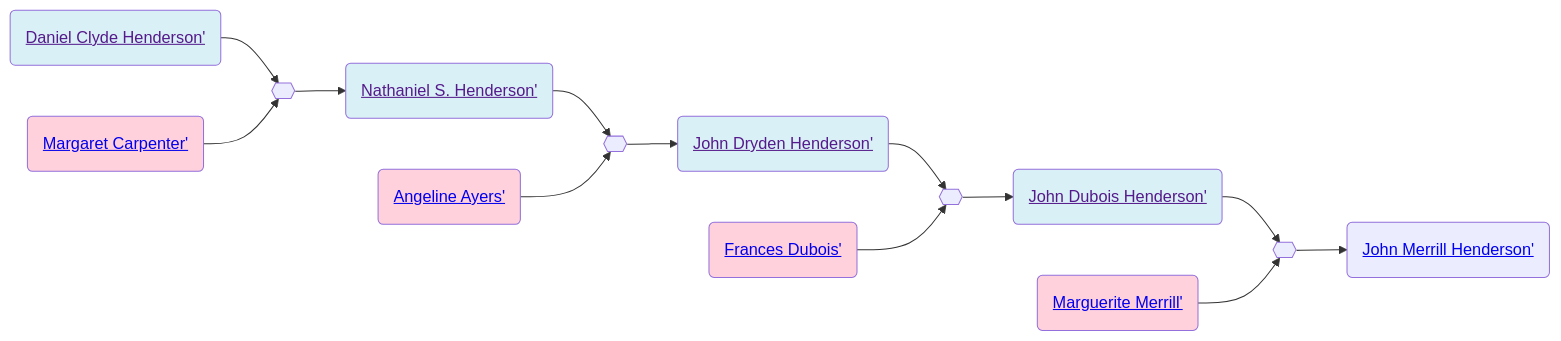
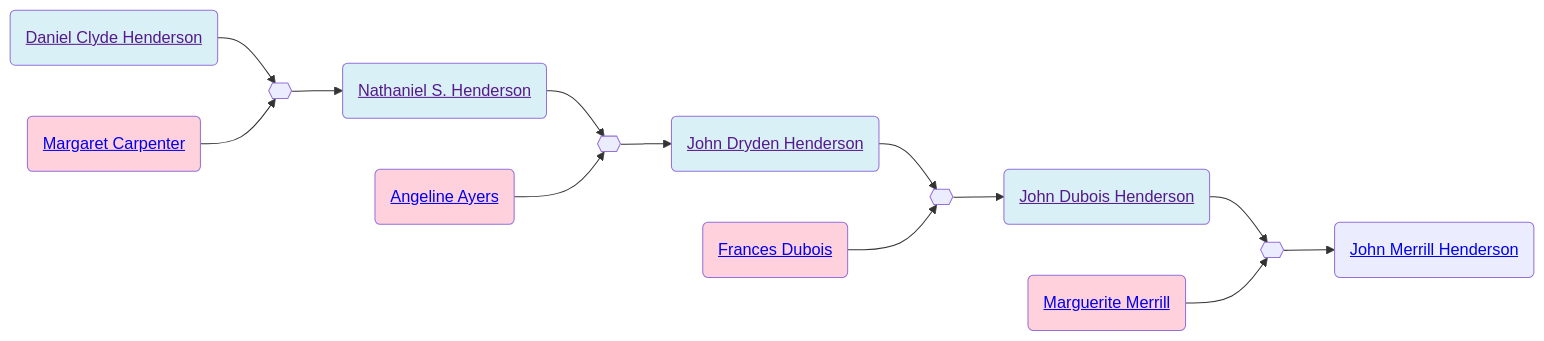
Before and after one commit to neelsmith/avocational: the second of 2 diagrams in familyhistory/sources/people/Henderson-line/Daniel_Clyde_Henderson.qmd, drawn with Mermaid. The commit also changed other lines of this file and 96 other files, not shown here.

````diff
--- a/familyhistory/sources/people/Henderson-line/Daniel_Clyde_Henderson.qmd
+++ b/familyhistory/sources/people/Henderson-line/Daniel_Clyde_Henderson.qmd
@@ -43,32 +43,32 @@
 ```{mermaid}
 graph LR
 %% LR descendant diagram
 class Daniel_Clyde_Henderson_and_Margaret_Carpenter marriage
-Daniel_Clyde_Henderson(<a href=''>Daniel Clyde Henderson'</>) --> Daniel_Clyde_Henderson_and_Margaret_Carpenter{{ }}
-Margaret_Carpenter(<a href='./Carpenter-line/Margaret_Carpenter.html'>Margaret Carpenter'</>) --> Daniel_Clyde_Henderson_and_Margaret_Carpenter{{ }}
+Daniel_Clyde_Henderson(<a href=''>Daniel Clyde Henderson</a>) --> Daniel_Clyde_Henderson_and_Margaret_Carpenter{{ }}
+Margaret_Carpenter(<a href='./Carpenter-line/Margaret_Carpenter.html'>Margaret Carpenter</a>) --> Daniel_Clyde_Henderson_and_Margaret_Carpenter{{ }}
 class Daniel_Clyde_Henderson father
 class Margaret_Carpenter mother
-Daniel_Clyde_Henderson_and_Margaret_Carpenter{{ }} --> Nathaniel_S._Henderson(<a href='./Nathaniel_S._Henderson.html'>Nathaniel S. Henderson'</>)
+Daniel_Clyde_Henderson_and_Margaret_Carpenter{{ }} --> Nathaniel_S._Henderson(<a href='./Nathaniel_S._Henderson.html'>Nathaniel S. Henderson</a>)
 class Nathaniel_S._Henderson_and_Angeline_Ayers marriage
-Nathaniel_S._Henderson(<a href=''>Nathaniel S. Henderson'</>) --> Nathaniel_S._Henderson_and_Angeline_Ayers{{ }}
-Angeline_Ayers(<a href='./Ayers-line/Angeline_Ayers.html'>Angeline Ayers'</>) --> Nathaniel_S._Henderson_and_Angeline_Ayers{{ }}
+Nathaniel_S._Henderson(<a href=''>Nathaniel S. Henderson</a>) --> Nathaniel_S._Henderson_and_Angeline_Ayers{{ }}
+Angeline_Ayers(<a href='./Ayers-line/Angeline_Ayers.html'>Angeline Ayers</a>) --> Nathaniel_S._Henderson_and_Angeline_Ayers{{ }}
 class Nathaniel_S._Henderson father
 class Angeline_Ayers mother
-Nathaniel_S._Henderson_and_Angeline_Ayers{{ }} --> John_Dryden_Henderson(<a href='./John_Dryden_Henderson.html'>John Dryden Henderson'</>)
+Nathaniel_S._Henderson_and_Angeline_Ayers{{ }} --> John_Dryden_Henderson(<a href='./John_Dryden_Henderson.html'>John Dryden Henderson</a>)
 class John_Dryden_Henderson_and_Frances_Dubois marriage
-John_Dryden_Henderson(<a href=''>John Dryden Henderson'</>) --> John_Dryden_Henderson_and_Frances_Dubois{{ }}
-Frances_Dubois(<a href='./Dubois-line/Frances_Dubois.html'>Frances Dubois'</>) --> John_Dryden_Henderson_and_Frances_Dubois{{ }}
+John_Dryden_Henderson(<a href=''>John Dryden Henderson</a>) --> John_Dryden_Henderson_and_Frances_Dubois{{ }}
+Frances_Dubois(<a href='./Dubois-line/Frances_Dubois.html'>Frances Dubois</a>) --> John_Dryden_Henderson_and_Frances_Dubois{{ }}
 class John_Dryden_Henderson father
 class Frances_Dubois mother
-John_Dryden_Henderson_and_Frances_Dubois{{ }} --> John_Dubois_Henderson(<a href='./John_Dubois_Henderson.html'>John Dubois Henderson'</>)
+John_Dryden_Henderson_and_Frances_Dubois{{ }} --> John_Dubois_Henderson(<a href='./John_Dubois_Henderson.html'>John Dubois Henderson</a>)
 class John_Dubois_Henderson_and_Marguerite_Merrill marriage
-John_Dubois_Henderson(<a href=''>John Dubois Henderson'</>) --> John_Dubois_Henderson_and_Marguerite_Merrill{{ }}
-Marguerite_Merrill(<a href='./../Merrill-line/Marguerite_Merrill.html'>Marguerite Merrill'</>) --> John_Dubois_Henderson_and_Marguerite_Merrill{{ }}
+John_Dubois_Henderson(<a href=''>John Dubois Henderson</a>) --> John_Dubois_Henderson_and_Marguerite_Merrill{{ }}
+Marguerite_Merrill(<a href='./../Merrill-line/Marguerite_Merrill.html'>Marguerite Merrill</a>) --> John_Dubois_Henderson_and_Marguerite_Merrill{{ }}
 class John_Dubois_Henderson father
 class Marguerite_Merrill mother
-John_Dubois_Henderson_and_Marguerite_Merrill{{ }} --> John_Merrill_Henderson(<a href='./John_Merrill_Henderson.html'>John Merrill Henderson'</>)
+John_Dubois_Henderson_and_Marguerite_Merrill{{ }} --> John_Merrill_Henderson(<a href='./John_Merrill_Henderson.html'>John Merrill Henderson</a>)
 classDef mother fill:#ffd1dc
 classDef father fill:#daf0f7  
 classDef marriage fill:#ffffff
 
 ```
````
